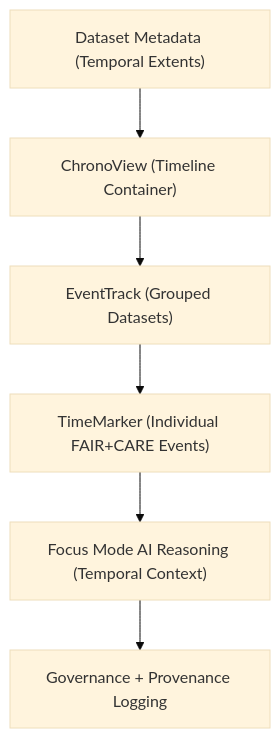
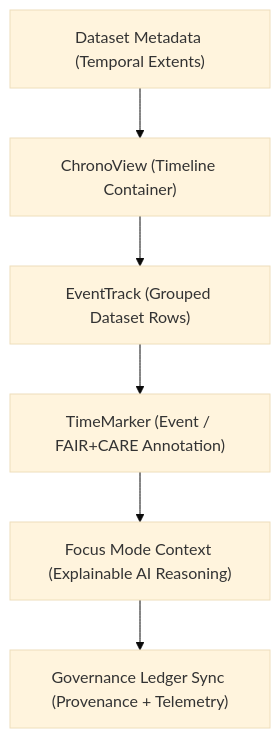
The diagram in web/src/components/Timeline/README.md (bartytime4life/Kansas-Frontier-Matrix), drawn with Mermaid (base theme) before and after one commit. The commit also changed other lines of this file, not shown here.

````diff
--- a/web/src/components/Timeline/README.md
+++ b/web/src/components/Timeline/README.md
@@ -64,8 +54,8 @@
 ```mermaid
 flowchart TD
-    A["Dataset Metadata (Temporal Extents)"] --> B["ChronoView (Timeline Container)"]
-    B --> C["EventTrack (Grouped Datasets)"]
-    C --> D["TimeMarker (Individual FAIR+CARE Events)"]
-    D --> E["Focus Mode AI Reasoning (Temporal Context)"]
-    E --> F["Governance + Provenance Logging"]
+A["Dataset Metadata (Temporal Extents)"] --> B["ChronoView (Timeline Container)"]
+B --> C["EventTrack (Grouped Dataset Rows)"]
+C --> D["TimeMarker (Event / FAIR+CARE Annotation)"]
+D --> E["Focus Mode Context (Explainable AI Reasoning)"]
+E --> F["Governance Ledger Sync (Provenance + Telemetry)"]
 ```
````
